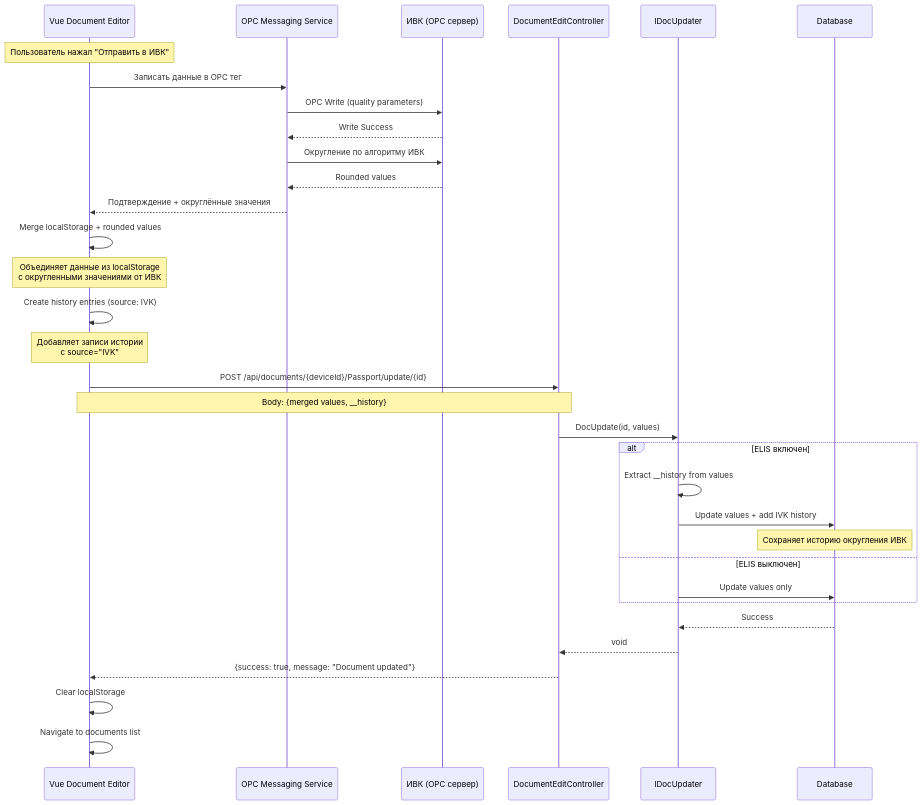
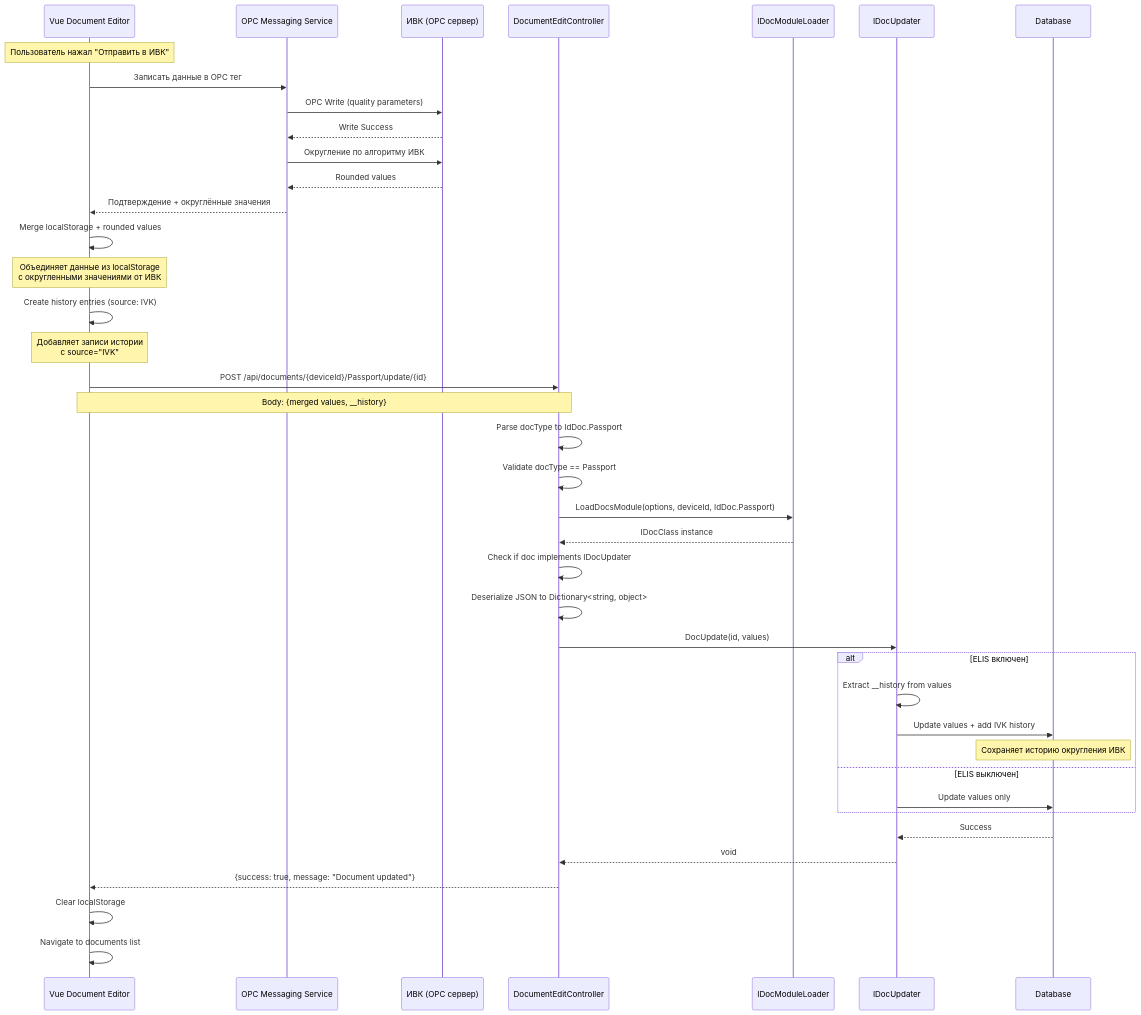
One commit to tn-ivk/tn-doc changed the third of 4 diagrams in docs/api/endpoints.md. Above: the diagram before and after it, drawn with Mermaid. The commit also changed other lines of this file, not shown here.

First line of the commit message:
Актуализация API документации: исправлены sequence диаграммы и описания эндпоинтов

````diff
--- a/docs/api/endpoints.md
+++ b/docs/api/endpoints.md
@@ -1160,42 +1083,50 @@
 ```mermaid
 sequenceDiagram
     participant VueApp as Vue Document Editor
     participant MessagingService as OPC Messaging Service
     participant IVK as ИВК (OPC сервер)
     participant API as DocumentEditController
+    participant DocModuleLoader as IDocModuleLoader
     participant DocModule as IDocUpdater
     participant DB as Database
 
     Note over VueApp: Пользователь нажал "Отправить в ИВК"
     VueApp->>MessagingService: Записать данные в OPC тег
     MessagingService->>IVK: OPC Write (quality parameters)
     IVK-->>MessagingService: Write Success
     MessagingService->>IVK: Округление по алгоритму ИВК
     IVK-->>MessagingService: Rounded values
     MessagingService-->>VueApp: Подтверждение + округлённые значения
 
     VueApp->>VueApp: Merge localStorage + rounded values
     Note over VueApp: Объединяет данные из localStorage<br/>с округленными значениями от ИВК
 
     VueApp->>VueApp: Create history entries (source: IVK)
     Note over VueApp: Добавляет записи истории<br/>с source="IVK"
 
     VueApp->>API: POST /api/documents/{deviceId}/Passport/update/{id}
     Note over VueApp,API: Body: {merged values, __history}
 
+    API->>API: Parse docType to IdDoc.Passport
+    API->>API: Validate docType == Passport
+    API->>DocModuleLoader: LoadDocsModule(options, deviceId, IdDoc.Passport)
+    DocModuleLoader-->>API: IDocClass instance
+
+    API->>API: Check if doc implements IDocUpdater
+    API->>API: Deserialize JSON to Dictionary<string, object>
     API->>DocModule: DocUpdate(id, values)
 
     alt ELIS включен
         DocModule->>DocModule: Extract __history from values
         DocModule->>DB: Update values + add IVK history
         Note over DB: Сохраняет историю округления ИВК
     else ELIS выключен
         DocModule->>DB: Update values only
     end
 
     DB-->>DocModule: Success
     DocModule-->>API: void
     API-->>VueApp: {success: true, message: "Document updated"}
     VueApp->>VueApp: Clear localStorage
     VueApp->>VueApp: Navigate to documents list
 ```
````
